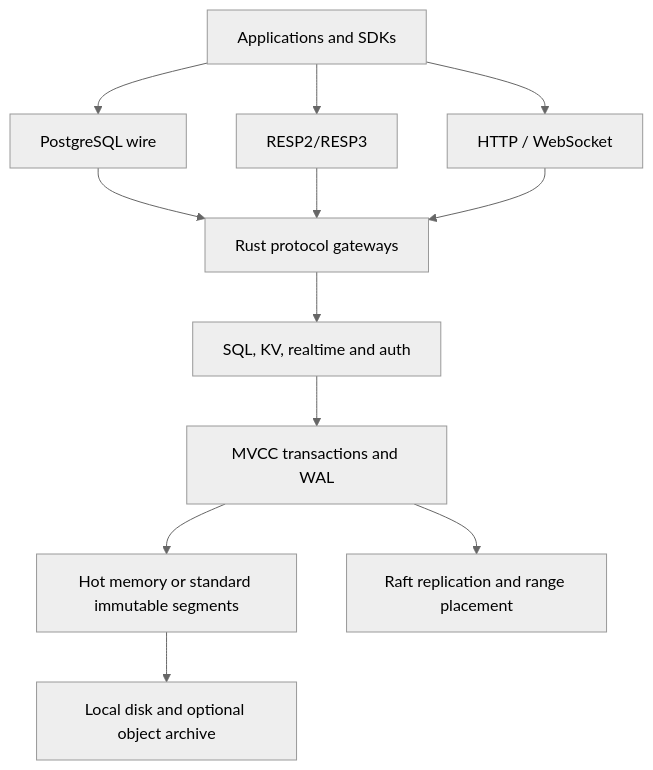
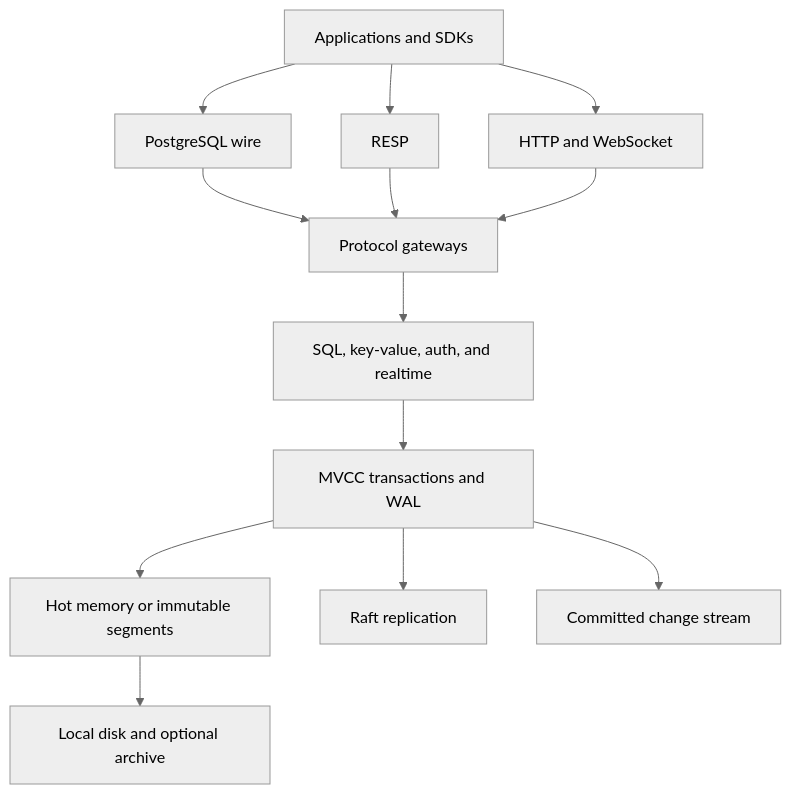
One commit to Ryme-Labs/rymeDB changed the diagram in docs/index.md. Above: the diagram before and after it, drawn with Mermaid (neutral theme). The commit also changed other lines of this file and 10 other files, not shown here.

````diff
--- a/docs/index.md
+++ b/docs/index.md
@@ -93,15 +15,16 @@
 ```mermaid
 flowchart TB
     C[Applications and SDKs]
     C --> PG[PostgreSQL wire]
-    C --> R[RESP2/RESP3]
-    C --> H[HTTP / WebSocket]
-    PG --> G[Rust protocol gateways]
+    C --> R[RESP]
+    C --> H[HTTP and WebSocket]
+    PG --> G[Protocol gateways]
     R --> G
     H --> G
-    G --> Q[SQL, KV, realtime and auth]
+    G --> Q[SQL, key-value, auth, and realtime]
     Q --> T[MVCC transactions and WAL]
-    T --> S[Hot memory or standard immutable segments]
-    T --> D[Raft replication and range placement]
-    S --> A[Local disk and optional object archive]
+    T --> S[Hot memory or immutable segments]
+    T --> D[Raft replication]
+    T --> E[Committed change stream]
+    S --> A[Local disk and optional archive]
 ```
````
